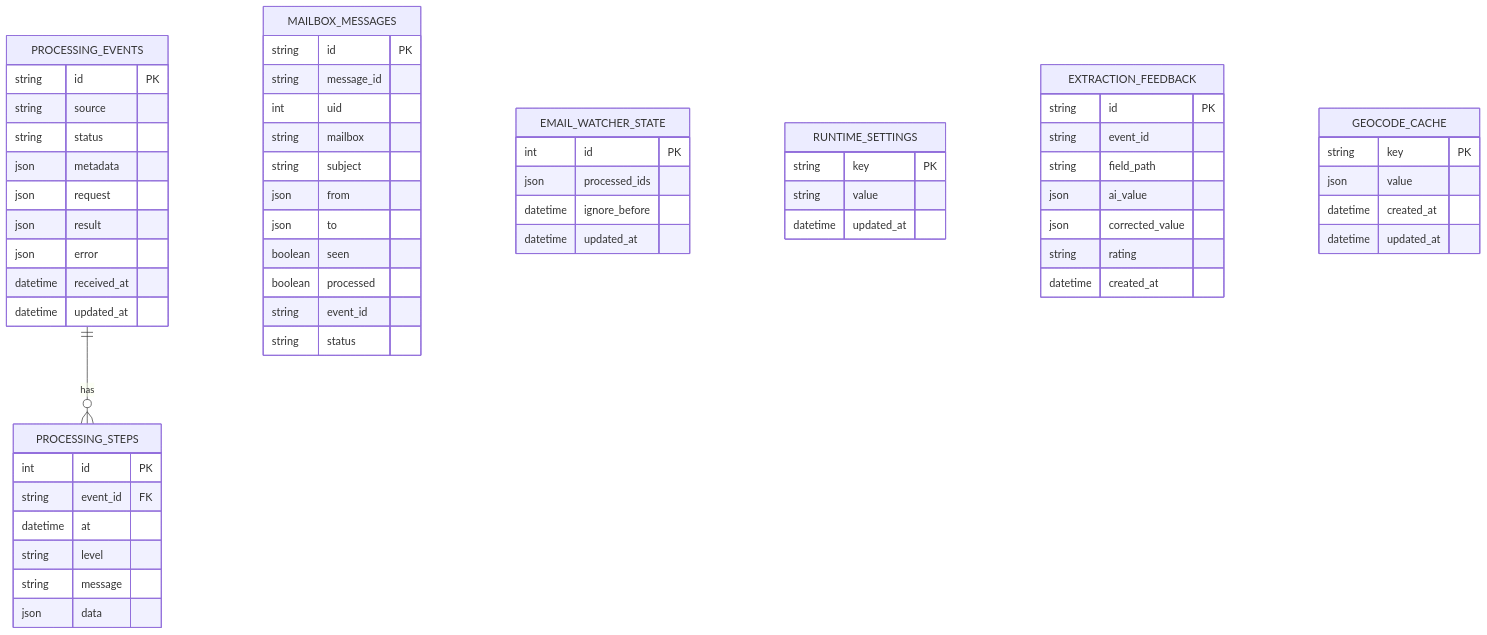
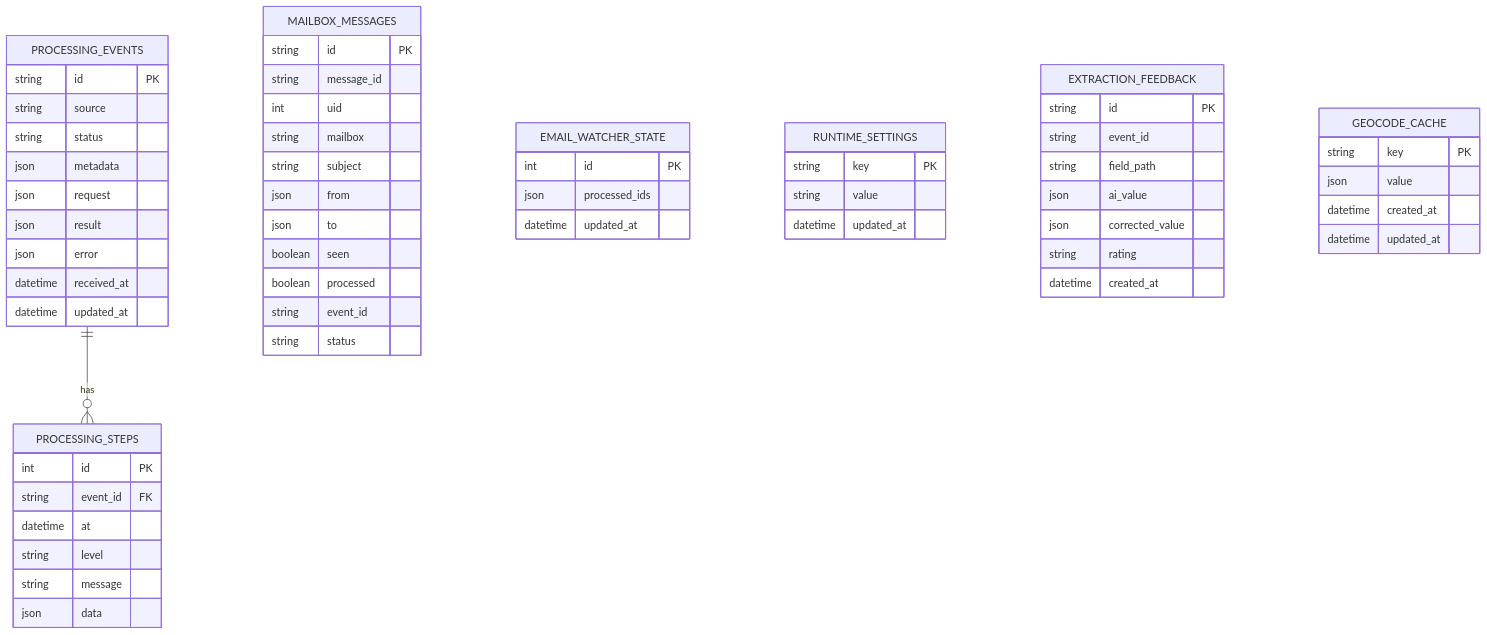
Before and after one commit to Seamus93/Astebook: the diagram in docs/DB_SCHEMA.md, drawn with Mermaid. The commit also changed 14 other files, not shown here.

````diff
--- a/docs/DB_SCHEMA.md
+++ b/docs/DB_SCHEMA.md
@@ -31,69 +31,68 @@
 ```mermaid
 erDiagram
   PROCESSING_EVENTS ||--o{ PROCESSING_STEPS : has
 
   PROCESSING_EVENTS {
     string id PK
     string source
     string status
     json metadata
     json request
     json result
     json error
     datetime received_at
     datetime updated_at
   }
 
   PROCESSING_STEPS {
     int id PK
     string event_id FK
     datetime at
     string level
     string message
     json data
   }
 
   MAILBOX_MESSAGES {
     string id PK
     string message_id
     int uid
     string mailbox
     string subject
     json from
     json to
     boolean seen
     boolean processed
     string event_id
     string status
   }
 
   EMAIL_WATCHER_STATE {
     int id PK
     json processed_ids
-    datetime ignore_before
     datetime updated_at
   }
 
   RUNTIME_SETTINGS {
     string key PK
     string value
     datetime updated_at
   }
 
   EXTRACTION_FEEDBACK {
     string id PK
     string event_id
     string field_path
     json ai_value
     json corrected_value
     string rating
     datetime created_at
   }
 
   GEOCODE_CACHE {
     string key PK
     json value
     datetime created_at
     datetime updated_at
   }
 ```
````
